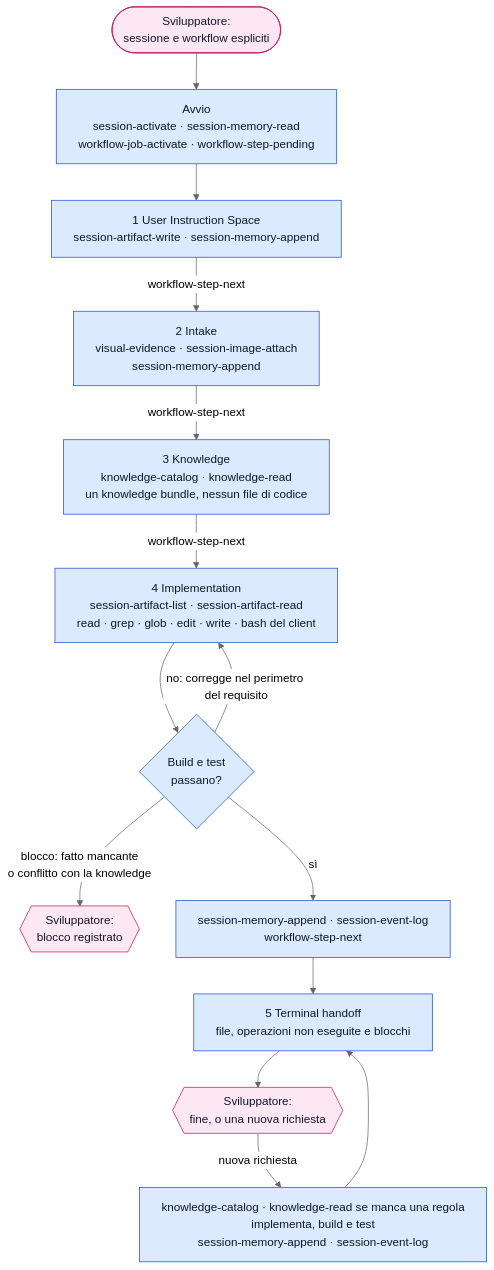
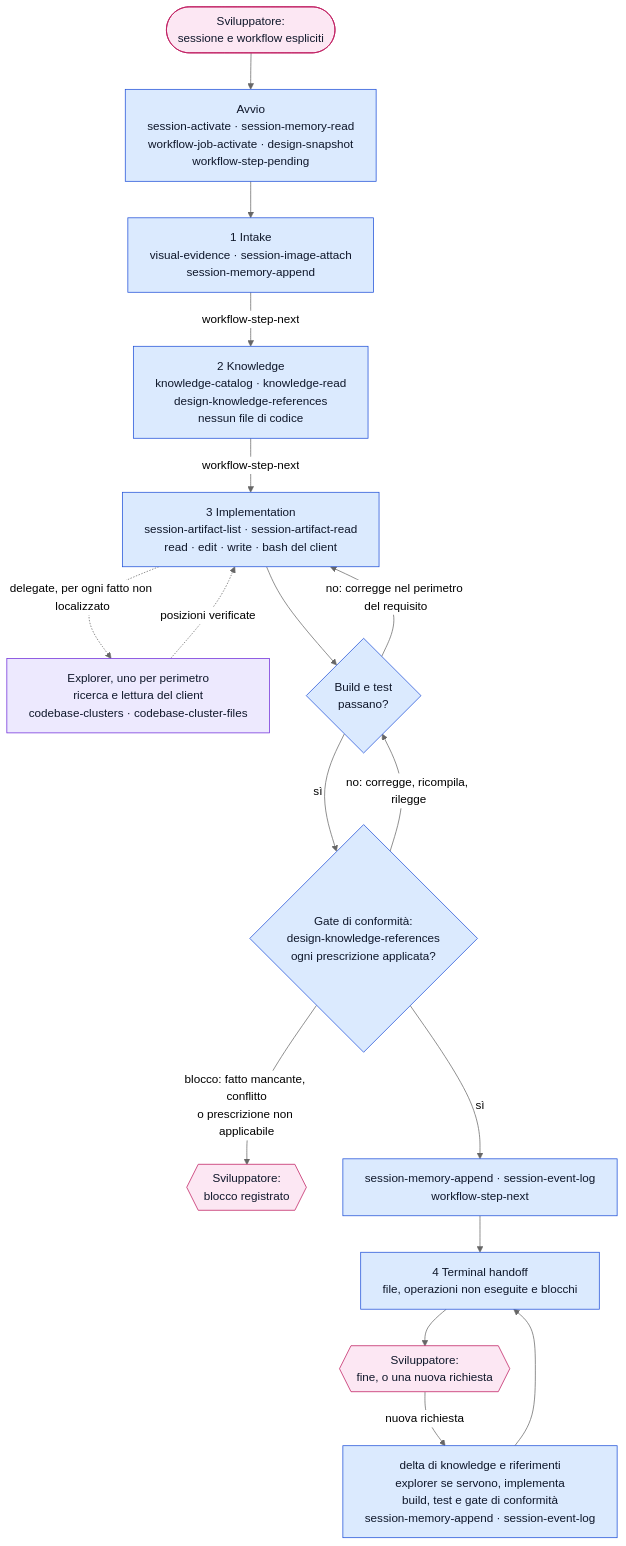
Before and after one commit to violabg/agentic-system-lessons: the diagram in orchestrator/reference/strumenti-fast-implementation.md, drawn with Mermaid (neutral theme). The commit also changed other lines of this file and 68 other files, not shown here.

````diff
--- a/orchestrator/reference/strumenti-fast-implementation.md
+++ b/orchestrator/reference/strumenti-fast-implementation.md
@@ -18,21 +19,26 @@
 ```mermaid
 %%{init: {"flowchart": {"wrappingWidth": 460}}}%%
 flowchart TD
-    Dev(["Sviluppatore:<br/>sessione e workflow espliciti"]) --> Start["Avvio<br/>session-activate · session-memory-read<br/>workflow-job-activate · workflow-step-pending"]
-    Start --> S1["1 User Instruction Space<br/>session-artifact-write · session-memory-append"]
-    S1 -->|workflow-step-next| S2["2 Intake<br/>visual-evidence · session-image-attach<br/>session-memory-append"]
-    S2 -->|workflow-step-next| S3["3 Knowledge<br/>knowledge-catalog · knowledge-read<br/>un knowledge bundle, nessun file di codice"]
-    S3 -->|workflow-step-next| S4["4 Implementation<br/>session-artifact-list · session-artifact-read<br/>read · grep · glob · edit · write · bash del client"]
-    S4 --> Build{"Build e test<br/>passano?"}
-    Build -->|"no: corregge nel perimetro del requisito"| S4
-    Build -->|"blocco: fatto mancante<br/>o conflitto con la knowledge"| Stop{{"Sviluppatore:<br/>blocco registrato"}}
-    Build -->|sì| S4b["session-memory-append · session-event-log<br/>workflow-step-next"]
-    S4b --> S5["5 Terminal handoff<br/>file, operazioni non eseguite e blocchi"]
-    S5 --> Halt{{"Sviluppatore:<br/>fine, o una nuova richiesta"}}
-    Halt -->|nuova richiesta| Again["knowledge-catalog · knowledge-read se manca una regola<br/>implementa, build e test<br/>session-memory-append · session-event-log"]
-    Again --> S5
+    Dev(["Sviluppatore:<br/>sessione e workflow espliciti"]) --> Start["Avvio<br/>session-activate · session-memory-read<br/>workflow-job-activate · design-snapshot<br/>workflow-step-pending"]
+    Start --> S1["1 Intake<br/>visual-evidence · session-image-attach<br/>session-memory-append"]
+    S1 -->|workflow-step-next| S2["2 Knowledge<br/>knowledge-catalog · knowledge-read<br/>design-knowledge-references<br/>nessun file di codice"]
+    S2 -->|workflow-step-next| S3["3 Implementation<br/>session-artifact-list · session-artifact-read<br/>read · edit · write · bash del client"]
+    S3 -.->|"delegate, per ogni fatto non localizzato"| EX["Explorer, uno per perimetro<br/>ricerca e lettura del client<br/>codebase-clusters · codebase-cluster-files"]
+    EX -.->|posizioni verificate| S3
+    S3 --> Build{"Build e test<br/>passano?"}
+    Build -->|"no: corregge nel perimetro del requisito"| S3
+    Build -->|sì| Gate{"Gate di conformità:<br/>design-knowledge-references<br/>ogni prescrizione applicata?"}
+    Gate -->|"no: corregge, ricompila, rilegge"| Build
+    Gate -->|"blocco: fatto mancante, conflitto<br/>o prescrizione non applicabile"| Stop{{"Sviluppatore:<br/>blocco registrato"}}
+    Gate -->|sì| S3b["session-memory-append · session-event-log<br/>workflow-step-next"]
+    S3b --> S4["4 Terminal handoff<br/>file, operazioni non eseguite e blocchi"]
+    S4 --> Halt{{"Sviluppatore:<br/>fine, o una nuova richiesta"}}
+    Halt -->|nuova richiesta| Again["delta di knowledge e riferimenti<br/>explorer se servono, implementa<br/>build, test e gate di conformità<br/>session-memory-append · session-event-log"]
+    Again --> S4
     classDef orch fill:#dbeafe,stroke:#1d4ed8,color:#0f172a
+    classDef expl fill:#ede9fe,stroke:#6d28d9,color:#0f172a
     classDef human fill:#fce7f3,stroke:#be185d,color:#0f172a
-    class Start,S1,S2,S3,S4,Build,S4b,S5,Again orch
+    class Start,S1,S2,S3,Build,Gate,S3b,S4,Again orch
+    class EX expl
     class Dev,Stop,Halt human
 ```
````
